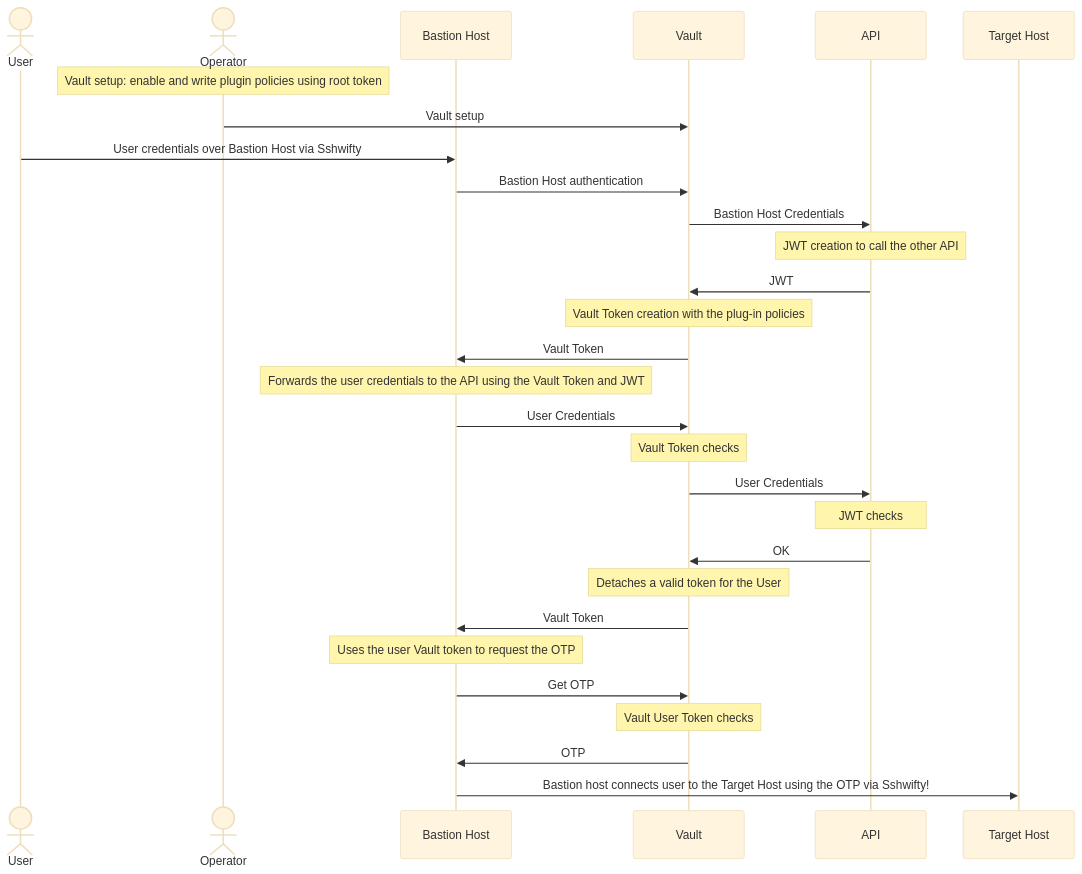
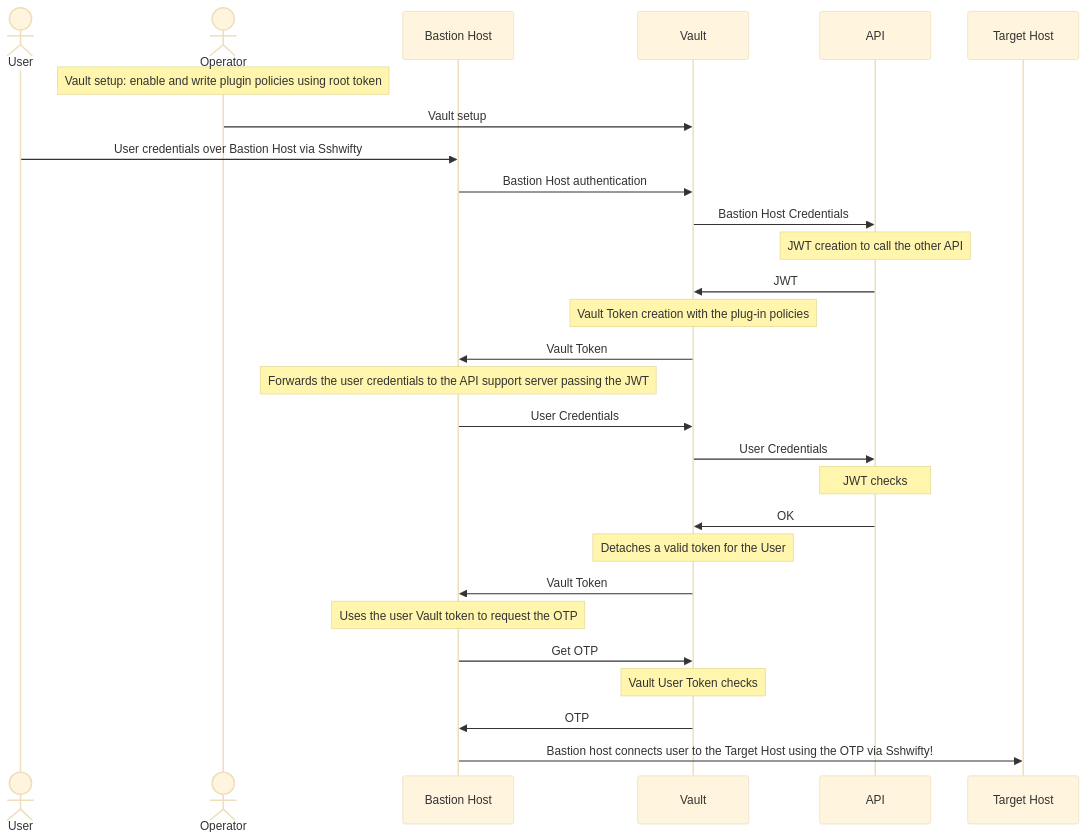
The diagram in README.md (fedehsq/vault-auth-plugin), drawn with Mermaid (base theme) before and after one commit. The commit also changed 12 other files, not shown here.

````diff
--- a/README.md
+++ b/README.md
@@ -18,31 +18,30 @@
 ```mermaid
 sequenceDiagram
     actor User
     actor Operator
     participant Bastion Host
     participant Vault
     participant API
     participant Target Host
     note over Operator: Vault setup: enable and write plugin policies using root token
     Operator->>Vault: Vault setup
     User->>Bastion Host: User credentials over Bastion Host via Sshwifty
     Bastion Host->>Vault: Bastion Host authentication
     Vault->>API: Bastion Host Credentials
     Note over API: JWT creation to call the other API
     API->>Vault: JWT 
     note over Vault: Vault Token creation with the plug-in policies
     Vault->>Bastion Host: Vault Token 
-    note over Bastion Host: Forwards the user credentials to the API using the Vault Token and JWT
+    note over Bastion Host: Forwards the user credentials to the API support server passing the JWT
     Bastion Host->>Vault: User Credentials
-    note over Vault:Vault Token checks
     Vault->>API: User Credentials
     note over API: JWT checks
     API->>Vault: OK
     note over Vault: Detaches a valid token for the User
     Vault->>Bastion Host: Vault Token
     note over Bastion Host: Uses the user Vault token to request the OTP
     Bastion Host->>Vault: Get OTP
     note over Vault:Vault User Token checks
     Vault->>Bastion Host: OTP
     Bastion Host->>Target Host: Bastion host connects user to the Target Host using the OTP via Sshwifty!
 ```
````
